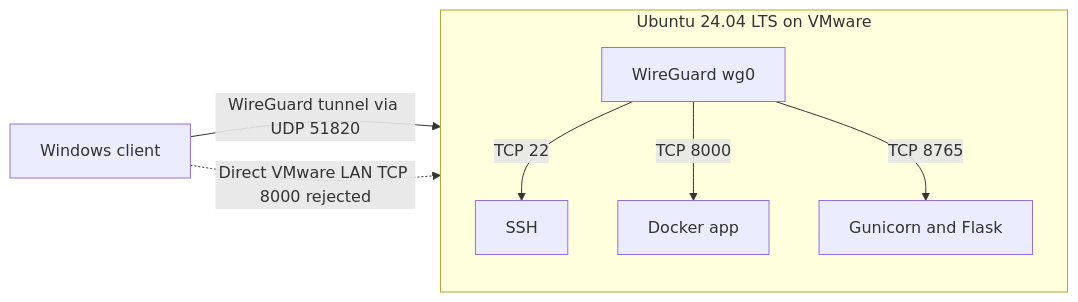
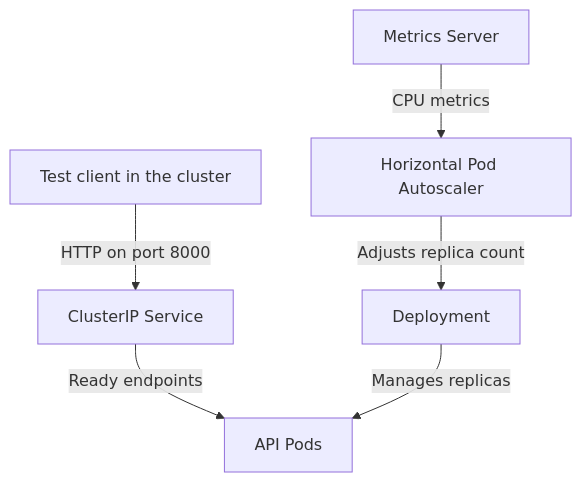
One commit to defrisdoloksaribu/kubernetes-resilience-lab changed the diagram in README.md. Above: the diagram before and after it, drawn with Mermaid. The commit also changed other lines of this file, not shown here.

````diff
--- a/README.md
+++ b/README.md
@@ -11,16 +11,8 @@
 ```mermaid
-flowchart LR
-    W["Windows client"]
-    subgraph VM["Ubuntu 24.04 LTS on VMware"]
-        direction TB
-        G["WireGuard wg0"]
-        S["SSH"]
-        D["Docker app"]
-        M["Gunicorn and Flask"]
-        G -->|"TCP 22"| S
-        G -->|"TCP 8000"| D
-        G -->|"TCP 8765"| M
-    end
-    W -->|"WireGuard tunnel via UDP 51820"| G
-    W -.->|"Direct VMware LAN TCP 8000 rejected"| D
+flowchart TD
+    Client["Test client in the cluster"] -->|"HTTP on port 8000"| Service["ClusterIP Service"]
+    Service -->|"Ready endpoints"| Pods["API Pods"]
+    Deployment["Deployment"] -->|"Manages replicas"| Pods
+    Metrics["Metrics Server"] -->|"CPU metrics"| HPA["Horizontal Pod Autoscaler"]
+    HPA -->|"Adjusts replica count"| Deployment
 ```
````
